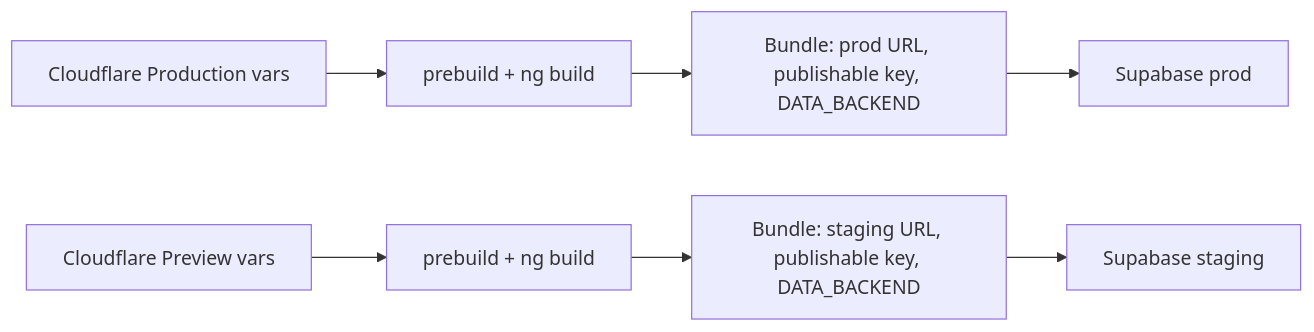
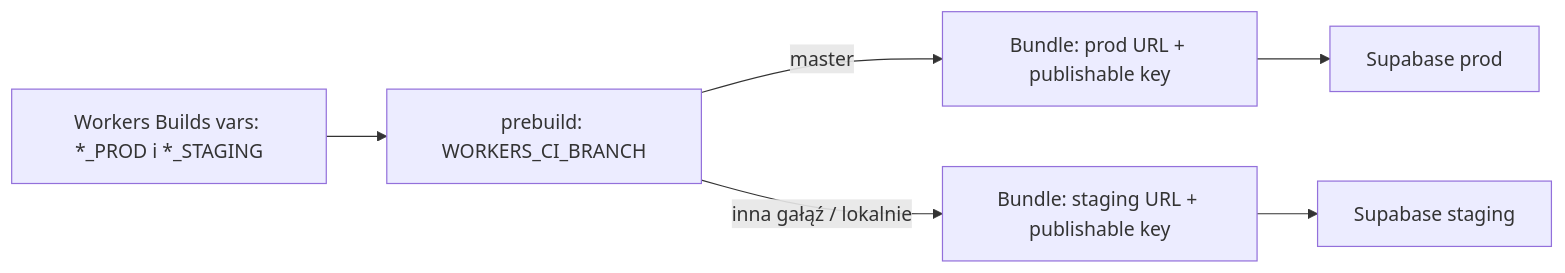
The diagram in context/deployment/deploy-plan.md (JNDaniel/portfel-bez-spiny), drawn with Mermaid before and after one commit. The commit also changed other lines of this file and 9 other files, not shown here.

````diff
--- a/context/deployment/deploy-plan.md
+++ b/context/deployment/deploy-plan.md
@@ -218,5 +218,6 @@
 ```mermaid
 flowchart LR
-  CFProd[Cloudflare Production vars] --> BuildProd[prebuild + ng build] --> ProdBundle[Bundle: prod URL, publishable key, DATA_BACKEND] --> SupaProd[Supabase prod]
-  CFPrev[Cloudflare Preview vars] --> BuildPrev[prebuild + ng build] --> PreviewBundle[Bundle: staging URL, publishable key, DATA_BACKEND] --> SupaStaging[Supabase staging]
+  Vars[Workers Builds vars: *_PROD i *_STAGING] --> Prebuild[prebuild: WORKERS_CI_BRANCH]
+  Prebuild -- master --> ProdBundle[Bundle: prod URL + publishable key] --> SupaProd[Supabase prod]
+  Prebuild -- inna gałąź / lokalnie --> PreviewBundle[Bundle: staging URL + publishable key] --> SupaStaging[Supabase staging]
 ```
````
